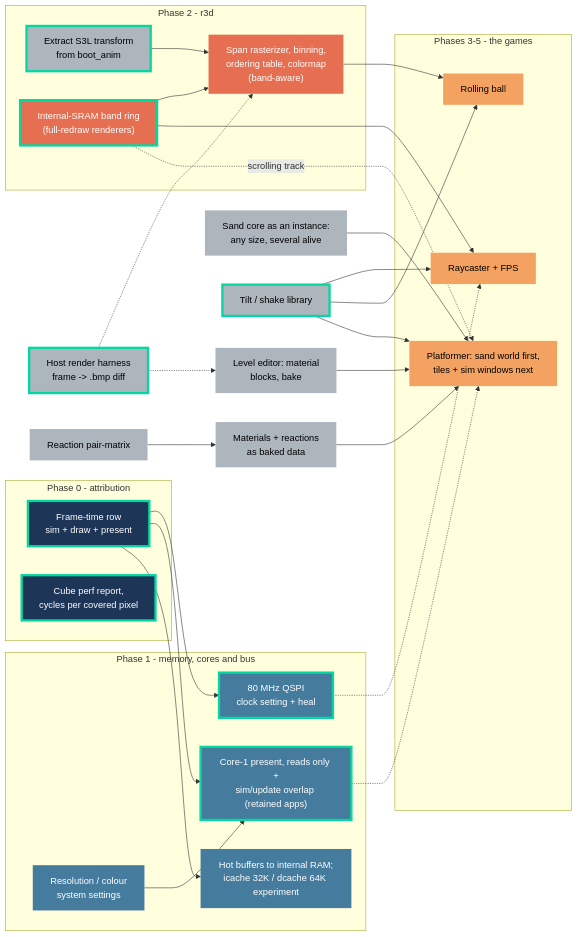
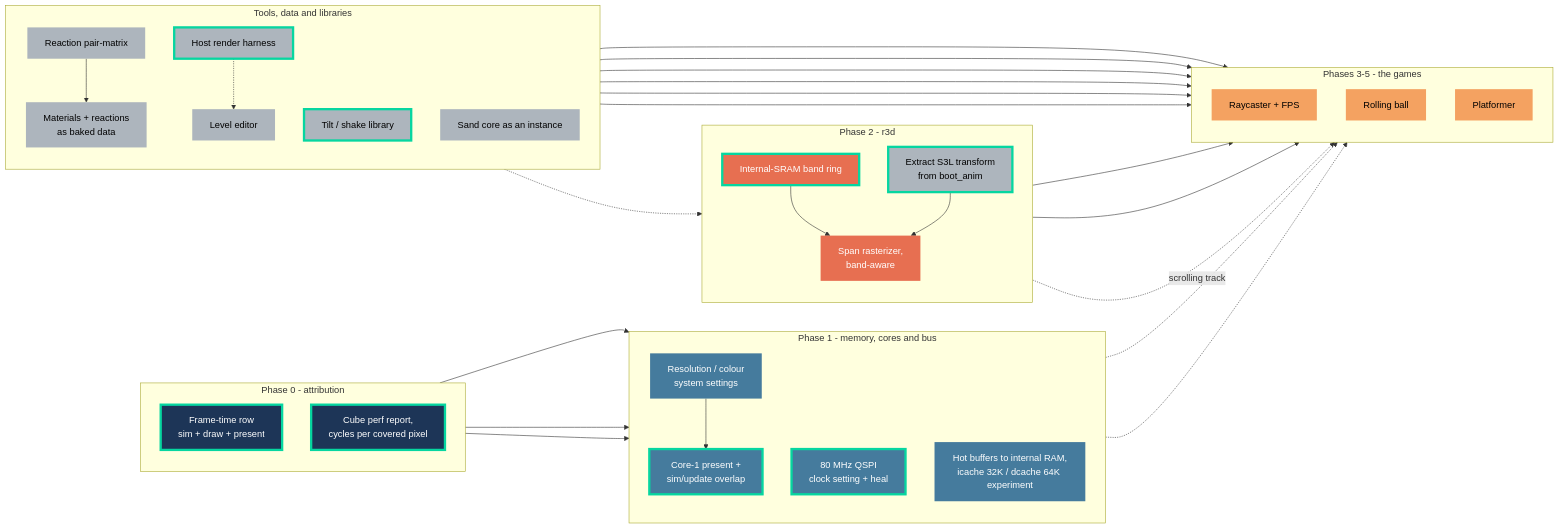
One commit to jose-villegas/autana changed the first of 2 diagrams in docs/Autana-Rendering-Roadmap.md. Above: the diagram before and after it, drawn with Mermaid. The commit also changed 4 other files, not shown here.

First line of the commit message:
docs: make overlapping Mermaid diagrams legible and trim their labels

````diff
--- a/docs/Autana-Rendering-Roadmap.md
+++ b/docs/Autana-Rendering-Roadmap.md
@@ -29,59 +29,66 @@
 ```mermaid
 flowchart LR
   classDef p0 fill:#1d3557,color:#fff,stroke:none
   classDef p1 fill:#457b9d,color:#fff,stroke:none
   classDef p2 fill:#e76f51,color:#fff,stroke:none
   classDef game fill:#f4a261,color:#000,stroke:none
   classDef side fill:#adb5bd,color:#000,stroke:none
   classDef done stroke:#06d6a0,stroke-width:4px
 
   subgraph P0["Phase 0 - attribution"]
+    direction TB
     frameTime["Frame-time row<br/>sim + draw + present"]:::p0
     cubePerf["Cube perf report,<br/>cycles per covered pixel"]:::p0
   end
   subgraph P1["Phase 1 - memory, cores and bus"]
+    direction TB
+    resSettings["Resolution / colour<br/>system settings"]:::p1
     busRoot["80 MHz QSPI<br/>clock setting + heal"]:::p1
-    corePresent["Core-1 present, reads only +<br/>sim/update overlap (retained apps)"]:::p1
-    memPlacement["Hot buffers to internal RAM;<br/>icache 32K / dcache 64K experiment"]:::p1
-    resSettings["Resolution / colour<br/>system settings"]:::p1
+    corePresent["Core-1 present +<br/>sim/update overlap"]:::p1
+    memPlacement["Hot buffers to internal RAM,<br/>icache 32K / dcache 64K experiment"]:::p1
   end
   subgraph P2["Phase 2 - r3d"]
+    direction TB
     s3lExtract["Extract S3L transform<br/>from boot_anim"]:::side
-    bandRing["Internal-SRAM band ring<br/>(full-redraw renderers)"]:::p2
-    rasterizer["Span rasterizer, binning,<br/>ordering table, colormap<br/>(band-aware)"]:::p2
+    bandRing["Internal-SRAM band ring"]:::p2
+    rasterizer["Span rasterizer,<br/>band-aware"]:::p2
+  end
+  subgraph SIDE["Tools, data and libraries"]
+    direction TB
+    hostHarness["Host render harness"]:::side
+    tiltShake["Tilt / shake library"]:::side
+    reactionMatrix["Reaction pair-matrix"]:::side
+    materialData["Materials + reactions<br/>as baked data"]:::side
+    levelEditor["Level editor"]:::side
+    sandInstance["Sand core as an instance"]:::side
   end
   subgraph G["Phases 3-5 - the games"]
+    direction TB
     raycaster["Raycaster + FPS"]:::game
     rollingBall["Rolling ball"]:::game
-    platformer["Platformer: sand world first,<br/>tiles + sim windows next"]:::game
+    platformer["Platformer"]:::game
   end
-  hostHarness["Host render harness<br/>frame -> .bmp diff"]:::side
-  levelEditor["Level editor: material<br/>blocks, bake"]:::side
-  materialData["Materials + reactions<br/>as baked data"]:::side
-  sandInstance["Sand core as an instance:<br/>any size, several alive"]:::side
-  reactionMatrix["Reaction pair-matrix"]:::side
-  tiltShake["Tilt / shake library"]:::side
 
   frameTime --> busRoot
   frameTime --> corePresent
   frameTime --> memPlacement
   resSettings --> corePresent
   bandRing --> rasterizer
   s3lExtract --> rasterizer
   bandRing --> raycaster
   tiltShake --> raycaster
   rasterizer --> rollingBall
   tiltShake --> rollingBall
   levelEditor --> platformer
   materialData --> platformer
   sandInstance --> platformer
   tiltShake --> platformer
   reactionMatrix --> materialData
   bandRing -.->|scrolling track| platformer
   hostHarness -.-> rasterizer
   hostHarness -.-> levelEditor
   busRoot -.-> raycaster
   corePresent -.-> platformer
 
   class frameTime,cubePerf,busRoot,corePresent,bandRing,hostHarness,s3lExtract,tiltShake done
 ```
````
